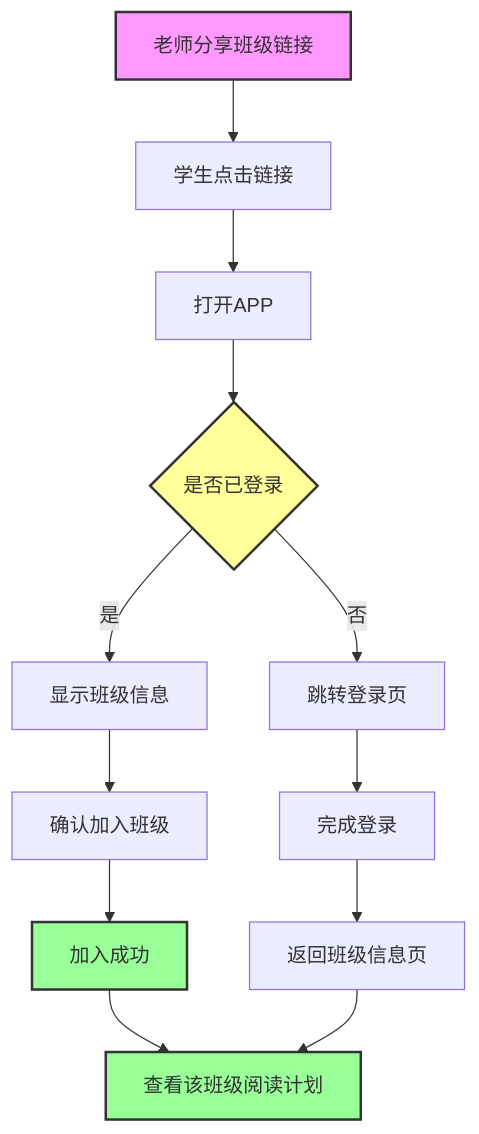
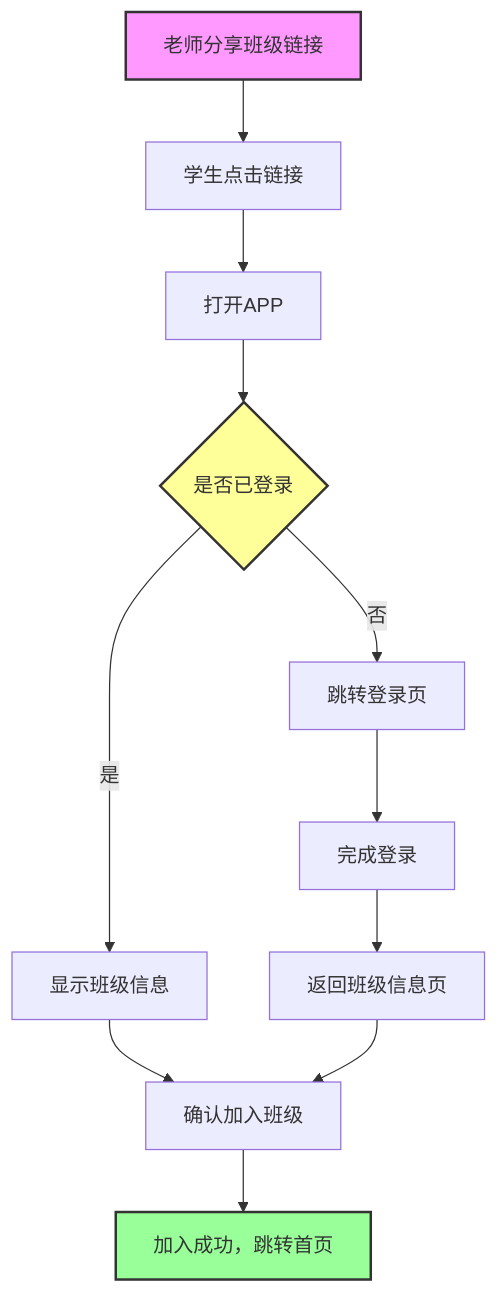
One commit to 22816523/math-kids changed the fifth of 18 diagrams in 2-AI伴读V1.0/PRD文档/校校读吧学生端PRD_V1.0.md. Above: the diagram before and after it, drawn with Mermaid. The commit also changed other lines of this file and 23 other files, not shown here.

First line of the commit message:
优化学生端PRD线框图和界面原型

````diff
--- a/2-AI伴读V1.0/PRD文档/校校读吧学生端PRD_V1.0.md
+++ b/2-AI伴读V1.0/PRD文档/校校读吧学生端PRD_V1.0.md
@@ -502,23 +528,21 @@
 ```mermaid
 graph TD
     Start[老师分享班级链接] --> StudentClick[学生点击链接]
     StudentClick --> OpenApp[打开APP]
     OpenApp --> CheckLogin{是否已登录}
 
     CheckLogin -->|是| ShowClassInfo[显示班级信息]
     CheckLogin -->|否| GoLogin[跳转登录页]
 
     ShowClassInfo --> ConfirmJoin[确认加入班级]
     GoLogin --> FinishLogin[完成登录]
 
-    ConfirmJoin --> JoinSuccess[加入成功]
+    ConfirmJoin --> JoinSuccess[加入成功，跳转首页]
     FinishLogin --> BackToClass[返回班级信息页]
 
-    JoinSuccess --> ViewPlan[查看该班级阅读计划]
-    BackToClass --> ViewPlan
+    BackToClass --> ConfirmJoin
 
     style Start fill:#f9f,stroke:#333,stroke-width:2px
     style CheckLogin fill:#ff9,stroke:#333,stroke-width:2px
     style JoinSuccess fill:#9f9,stroke:#333,stroke-width:2px
-    style ViewPlan fill:#9f9,stroke:#333,stroke-width:2px
 ```
````
